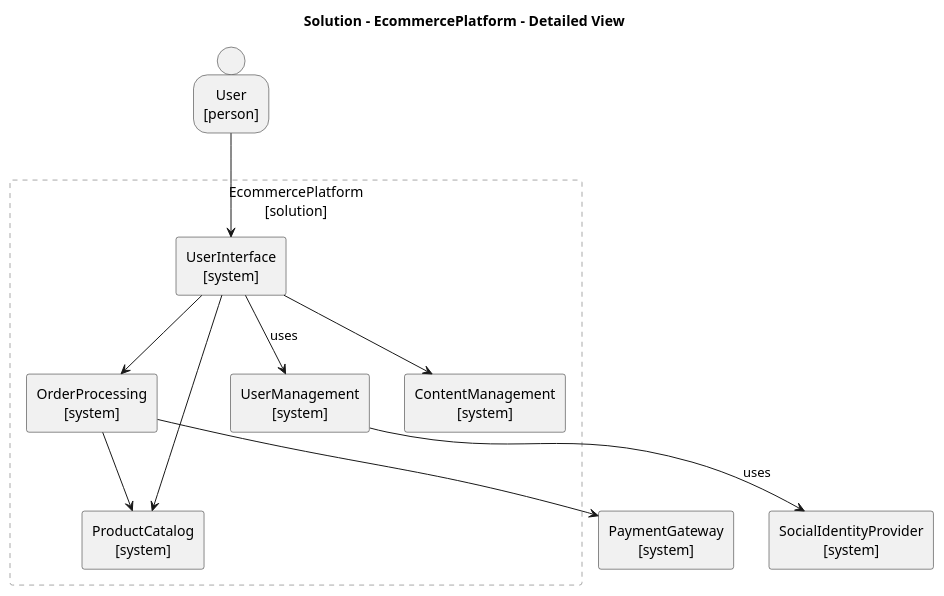
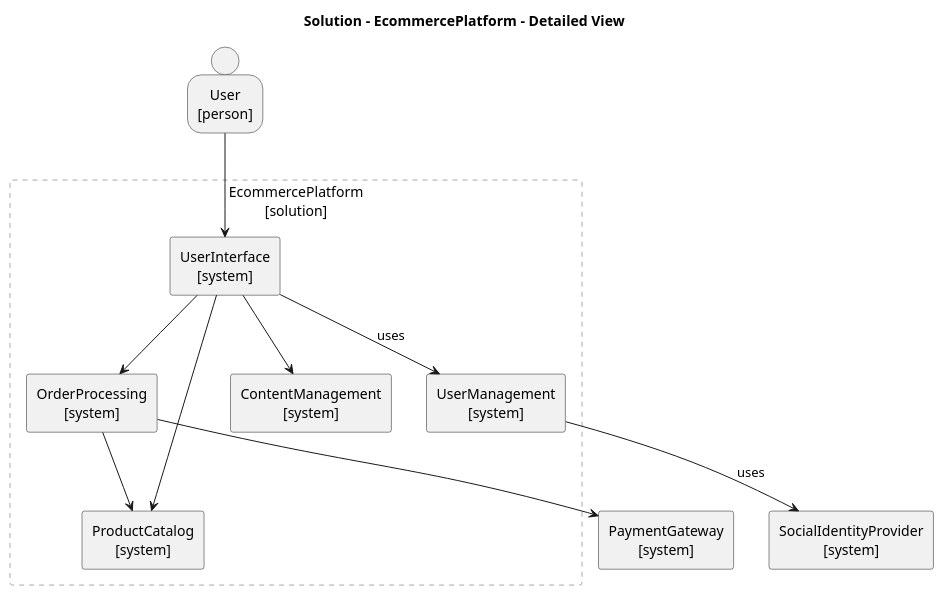
The diagram in src/doc/examples/design_example_step_3/views/plantuml/application/EcommercePlatform_detailed.puml (tmorin/archicode), drawn with PlantUML before and after one commit. The commit also changed other lines of this file and 37 other files, not shown here.

```diff
--- a/src/doc/examples/design_example_step_3/views/plantuml/application/EcommercePlatform_detailed.puml
+++ b/src/doc/examples/design_example_step_3/views/plantuml/application/EcommercePlatform_detailed.puml
@@ -1,58 +1,58 @@
 @startuml EcommercePlatform_detailed
 title Solution - EcommercePlatform - Detailed View
 skinparam defaultTextAlignment center
 skinparam defaultTextAlignment<<atomic>> center
 skinparam wrapWidth 200
 skinparam maxMessageSize 150
 hide stereotype
 <style>
 .composite {
 BackgroundColor: transparent
 LineColor: darkgray
 LineStyle: 5
 FontStyle: normal
 }
 </style>
+person User <<atomic>> <<person>> [
+User
+[person]
+]
 rectangle EcommercePlatform as "EcommercePlatform\n[solution]" <<composite>> {
 rectangle EcommercePlatform.OrderProcessing <<system>> <<atomic>> [
 OrderProcessing
 [system]
 ]
 rectangle EcommercePlatform.ProductCatalog <<system>> <<atomic>> [
 ProductCatalog
 [system]
 ]
-rectangle EcommercePlatform.UserInterface <<system>> <<atomic>> [
-UserInterface
+rectangle EcommercePlatform.ContentManagement <<system>> <<atomic>> [
+ContentManagement
 [system]
 ]
 rectangle EcommercePlatform.UserManagement <<system>> <<atomic>> [
 UserManagement
 [system]
 ]
-rectangle EcommercePlatform.ContentManagement <<system>> <<atomic>> [
-ContentManagement
+rectangle EcommercePlatform.UserInterface <<system>> <<atomic>> [
+UserInterface
 [system]
 ]
 }
+rectangle PaymentGateway <<system>> <<atomic>> [
+PaymentGateway
+[system]
+]
 rectangle SocialIdentityProvider <<system>> <<atomic>> [
 SocialIdentityProvider
 [system]
 ]
-person User <<atomic>> <<person>> [
-User
-[person]
-]
-rectangle PaymentGateway <<system>> <<atomic>> [
-PaymentGateway
-[system]
-]
+EcommercePlatform.OrderProcessing --> EcommercePlatform.ProductCatalog
 EcommercePlatform.UserInterface --> EcommercePlatform.ContentManagement
-EcommercePlatform.OrderProcessing --> EcommercePlatform.ProductCatalog
 EcommercePlatform.OrderProcessing --> PaymentGateway
-User --> EcommercePlatform.UserInterface
 EcommercePlatform.UserInterface --> EcommercePlatform.UserManagement : uses
 EcommercePlatform.UserInterface --> EcommercePlatform.OrderProcessing
+User --> EcommercePlatform.UserInterface
+EcommercePlatform.UserInterface --> EcommercePlatform.ProductCatalog
 EcommercePlatform.UserManagement --> SocialIdentityProvider : uses
-EcommercePlatform.UserInterface --> EcommercePlatform.ProductCatalog
 @enduml
```
